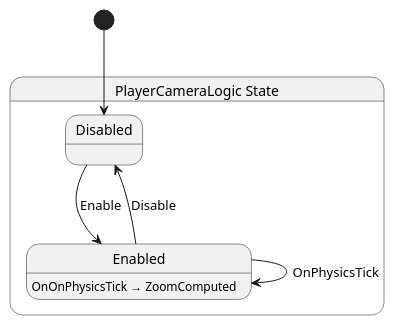
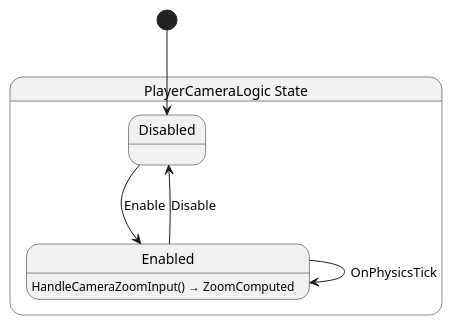
The diagram in Scripts/Drone/PlayerCamera/State/PlayerCameraLogic.g.puml (SkyValor/rescue-drone), drawn with PlantUML before and after one commit. The commit also changed 15 other files, not shown here.

```diff
--- a/Scripts/Drone/PlayerCamera/State/PlayerCameraLogic.g.puml
+++ b/Scripts/Drone/PlayerCamera/State/PlayerCameraLogic.g.puml
@@ -1,14 +1,14 @@
 @startuml PlayerCameraLogic
 state "PlayerCameraLogic State" as RescueDrone_PlayerCameraLogic_State {
   state "Disabled" as RescueDrone_PlayerCameraLogic_State_Disabled
   state "Enabled" as RescueDrone_PlayerCameraLogic_State_Enabled
 }
 
 RescueDrone_PlayerCameraLogic_State_Disabled --> RescueDrone_PlayerCameraLogic_State_Enabled : Enable
 RescueDrone_PlayerCameraLogic_State_Enabled --> RescueDrone_PlayerCameraLogic_State_Disabled : Disable
 RescueDrone_PlayerCameraLogic_State_Enabled --> RescueDrone_PlayerCameraLogic_State_Enabled : OnPhysicsTick
 
-RescueDrone_PlayerCameraLogic_State_Enabled : OnOnPhysicsTick → ZoomComputed
+RescueDrone_PlayerCameraLogic_State_Enabled : HandleCameraZoomInput() → ZoomComputed
 
 [*] --> RescueDrone_PlayerCameraLogic_State_Disabled
 @enduml
```
